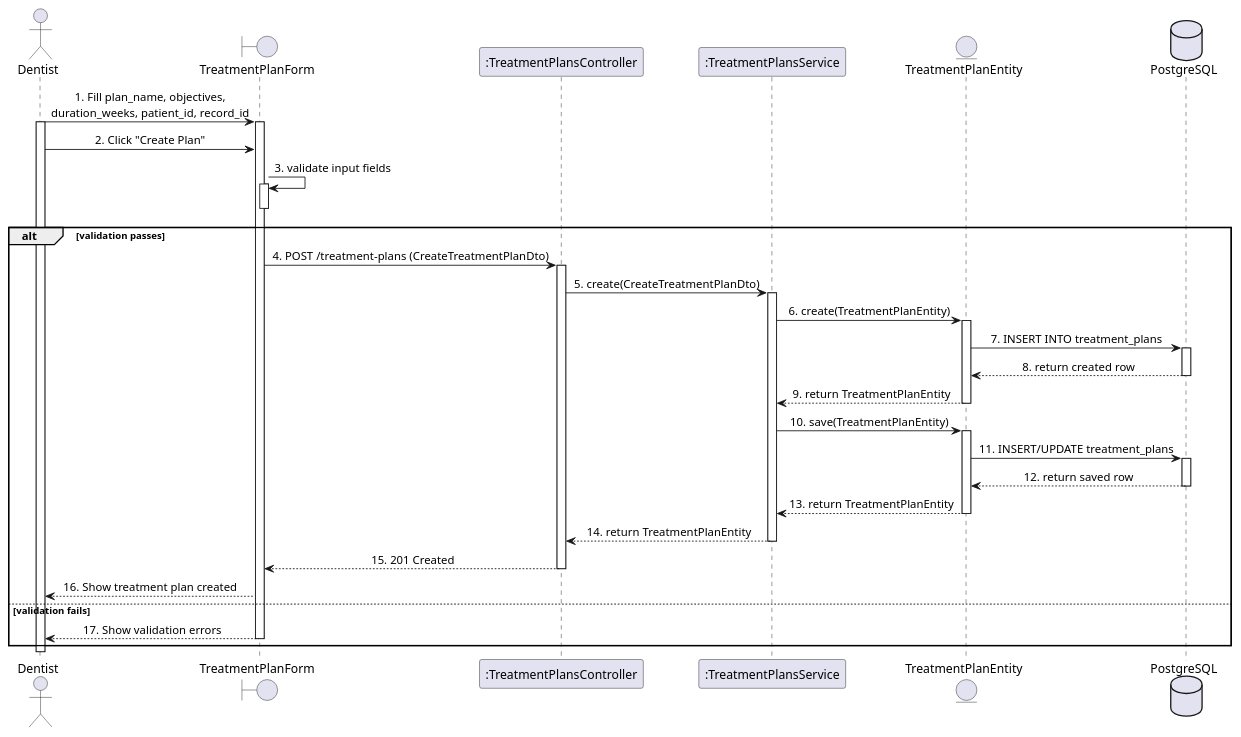
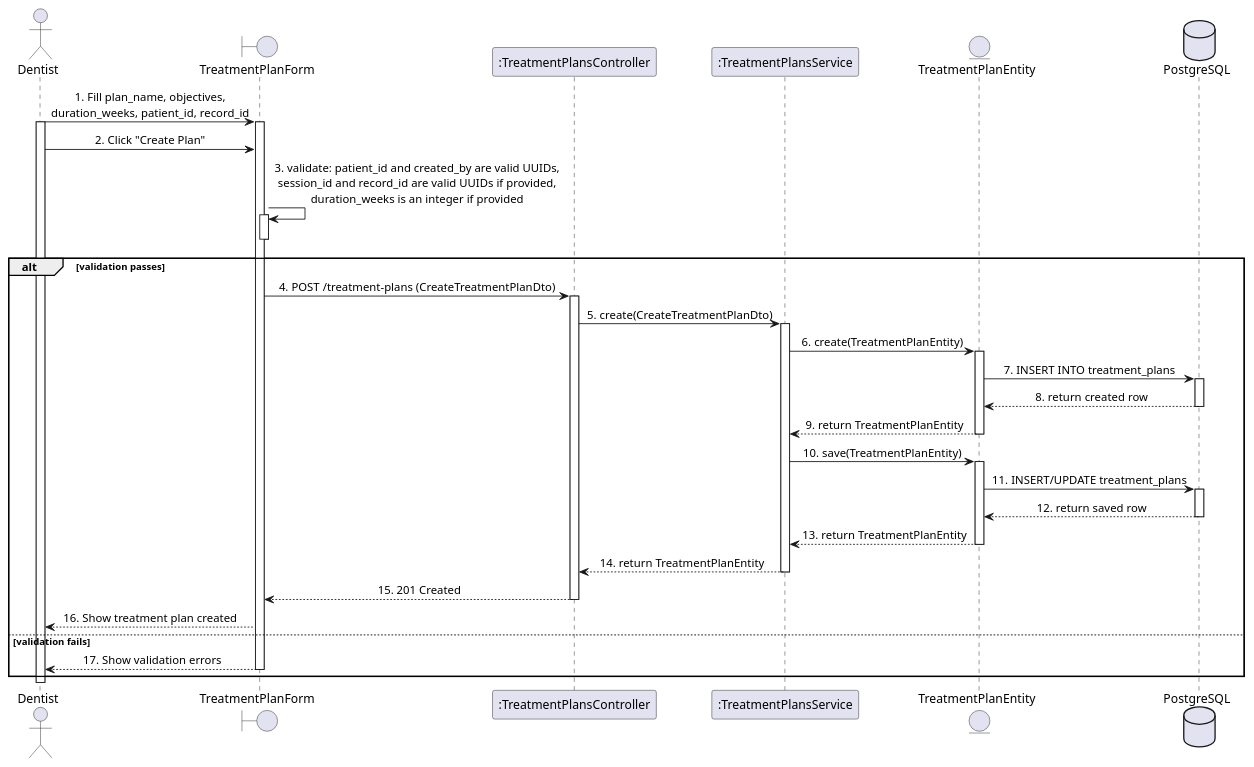
One commit to LTPPPP/Smart-Medical-Intelligent-Ledger-for-E-health-S.M.I.L.E- changed the diagram in docs/sequence-diagram/UC70_CreateTreatmentPlan.puml. Above: the diagram before and after it, drawn with PlantUML. The commit also changed 31 other files, not shown here.

```diff
--- a/docs/sequence-diagram/UC70_CreateTreatmentPlan.puml
+++ b/docs/sequence-diagram/UC70_CreateTreatmentPlan.puml
@@ -1,58 +1,58 @@
 @startuml SequenceDiagram
 skinparam shadowing false
 skinparam sequenceMessageAlign center
 actor "Dentist" as user
 boundary "TreatmentPlanForm" as form
 participant ":TreatmentPlansController" as ctrl
 participant ":TreatmentPlansService" as svc
 entity "TreatmentPlanEntity" as planEntity
 database "PostgreSQL" as db
 
 user -> form : 1. Fill plan_name, objectives,\nduration_weeks, patient_id, record_id
 activate user
 activate form
 
 user -> form : 2. Click "Create Plan"
-form -> form : 3. validate input fields
+form -> form : 3. validate: patient_id and created_by are valid UUIDs,\nsession_id and record_id are valid UUIDs if provided,\nduration_weeks is an integer if provided
 activate form
 deactivate form
 alt validation passes
   form -> ctrl : 4. POST /treatment-plans (CreateTreatmentPlanDto)
   activate ctrl
 
   ctrl -> svc : 5. create(CreateTreatmentPlanDto)
   activate svc
 
   svc -> planEntity : 6. create(TreatmentPlanEntity)
   activate planEntity
   planEntity -> db : 7. INSERT INTO treatment_plans
   activate db
   db --> planEntity : 8. return created row
   deactivate db
   planEntity --> svc : 9. return TreatmentPlanEntity
   deactivate planEntity
 
   svc -> planEntity : 10. save(TreatmentPlanEntity)
   activate planEntity
   planEntity -> db : 11. INSERT/UPDATE treatment_plans
   activate db
   db --> planEntity : 12. return saved row
   deactivate db
   planEntity --> svc : 13. return TreatmentPlanEntity
   deactivate planEntity
 
   svc --> ctrl : 14. return TreatmentPlanEntity
   deactivate svc
 
   ctrl --> form : 15. 201 Created
   deactivate ctrl
 
   form --> user : 16. Show treatment plan created
 else validation fails
   form --> user : 17. Show validation errors
   deactivate form
 end
 
 deactivate user
 
 @enduml
```
